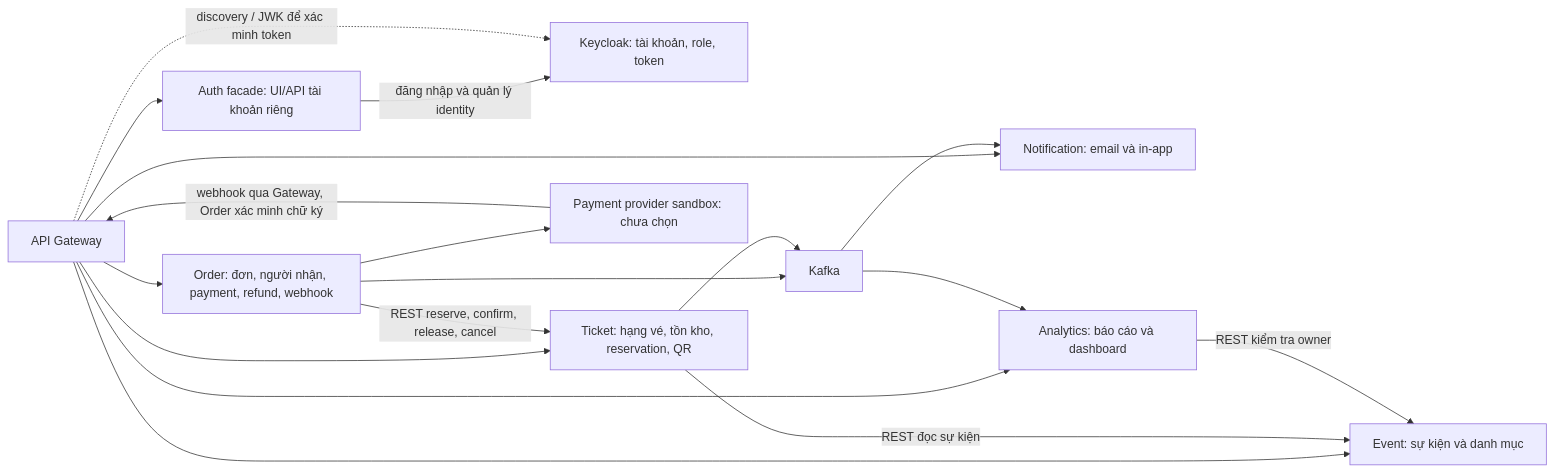
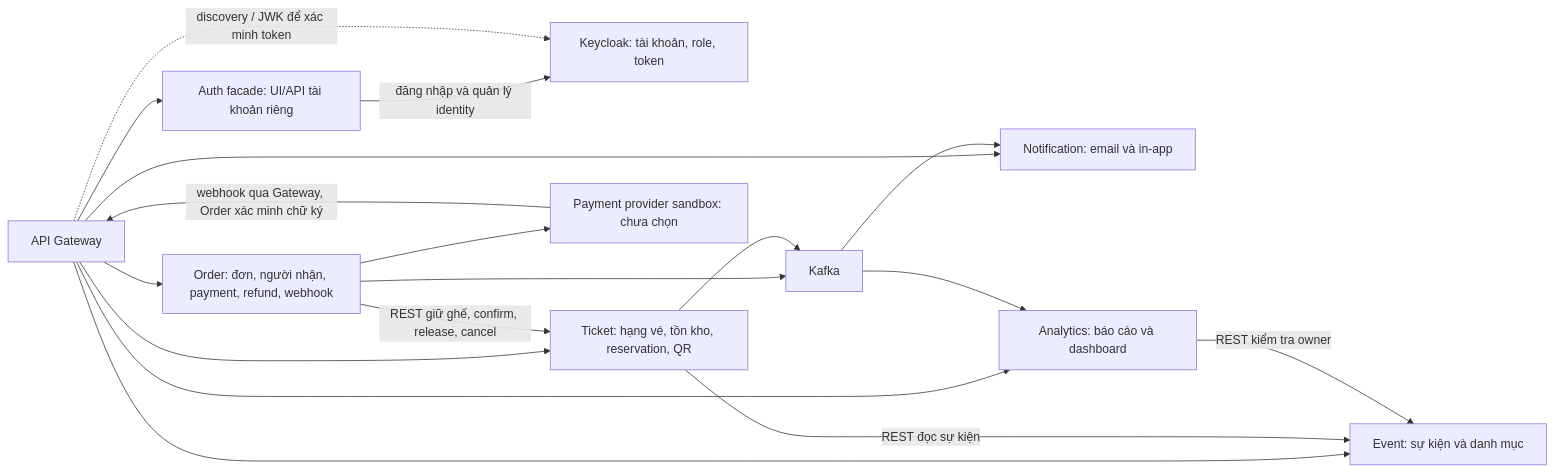
Before and after one commit to duymk123/EventHub: the first of 2 diagrams in docs/architecture/README.md, drawn with Mermaid. The commit also changed other lines of this file and 135 other files, not shown here.

````diff
--- a/docs/architecture/README.md
+++ b/docs/architecture/README.md
@@ -9,30 +9,30 @@
 ```mermaid
 flowchart LR
     KC[Keycloak: tài khoản, role, token]
     GW[API Gateway]
     E[Event: sự kiện và danh mục]
     T[Ticket: hạng vé, tồn kho, reservation, QR]
     O[Order: đơn, người nhận, payment, refund, webhook]
     K[Kafka]
     N[Notification: email và in-app]
     A[Analytics: báo cáo và dashboard]
     P[Payment provider sandbox: chưa chọn]
     AU[Auth facade: UI/API tài khoản riêng]
     GW --> AU
     AU -->|đăng nhập và quản lý identity| KC
     GW -.->|discovery / JWK để xác minh token| KC
     GW --> E
     GW --> T
     GW --> O
     GW --> N
     GW --> A
-    O -->|REST reserve, confirm, release, cancel| T
+    O -->|REST giữ ghế, confirm, release, cancel| T
     T -->|REST đọc sự kiện| E
     A -->|REST kiểm tra owner| E
     O --> P
     P -->|webhook qua Gateway, Order xác minh chữ ký| GW
     O --> K
     T --> K
     K --> N
     K --> A
 ```
````
